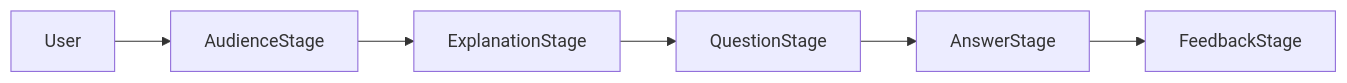
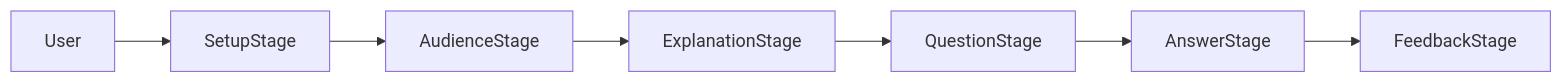
Before and after one commit to ACED-HR2024/feynman-junior: the diagram in README.md, drawn with Mermaid. The commit also changed other lines of this file and 35 other files, not shown here.

````diff
--- a/README.md
+++ b/README.md
@@ -32,8 +33,9 @@
 ```mermaid
 flowchart LR
-  user[User] --> audienceStage[AudienceStage]
+  user[User] --> setupStage[SetupStage]
+  setupStage --> audienceStage[AudienceStage]
   audienceStage --> explanationStage[ExplanationStage]
   explanationStage --> questionStage[QuestionStage]
   questionStage --> answerStage[AnswerStage]
   answerStage --> feedbackStage[FeedbackStage]
 ```
````
